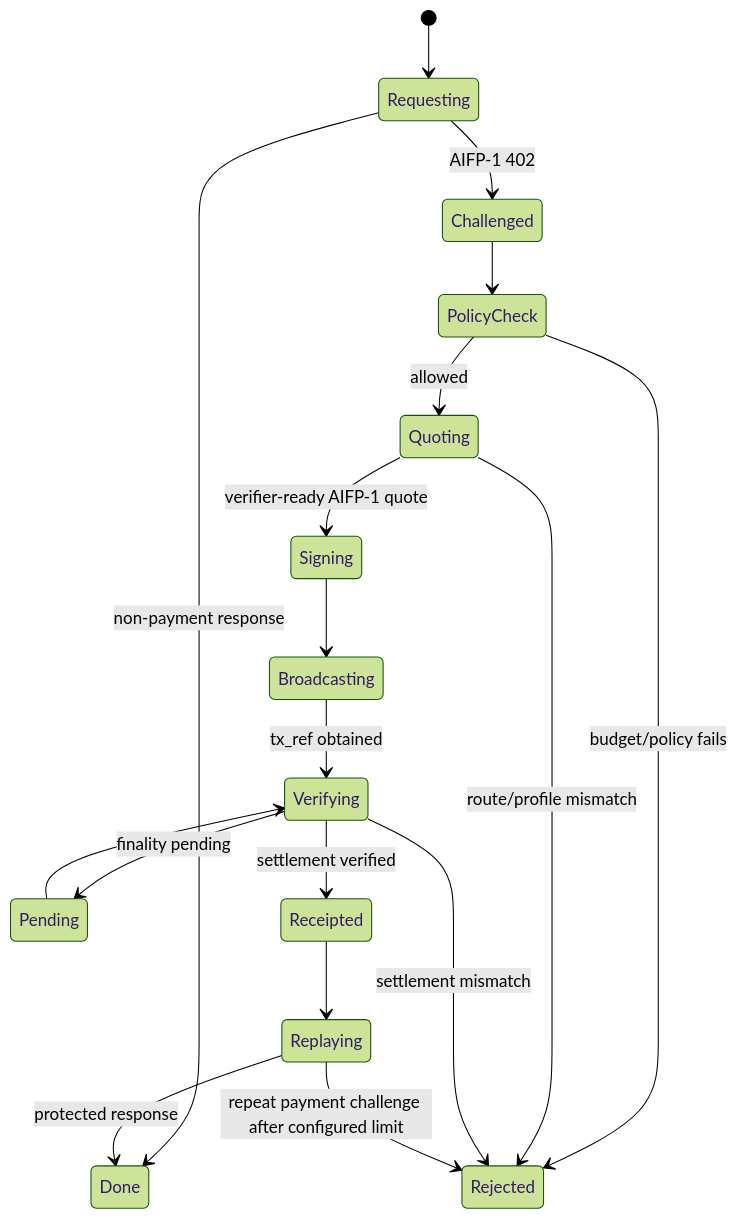
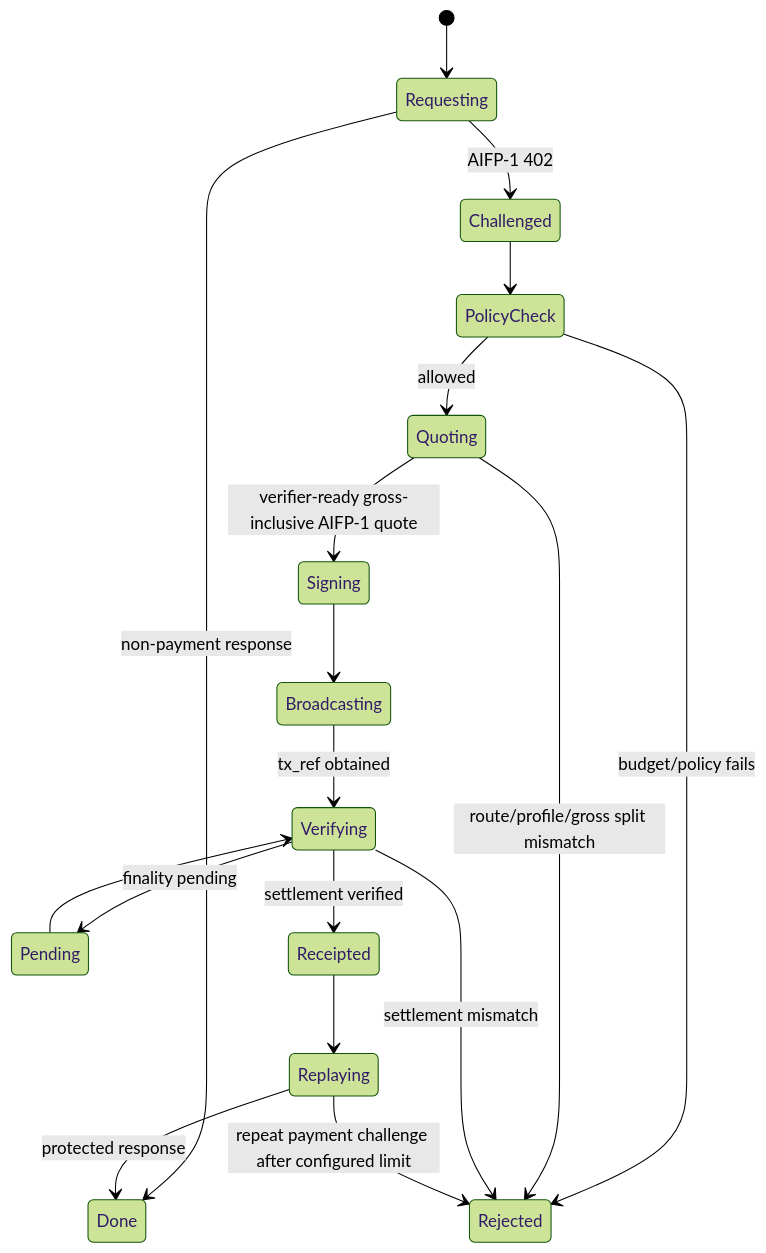
Before and after one commit to AiFinPay/AIFP-1: the diagram in docs/aifp/03-AI-Agent-SDK-Specification.md, drawn with Mermaid (forest theme). The commit also changed other lines of this file and 34 other files, not shown here.

First line of the commit message:
AIFP-1: make gross-inclusive 99/1 economics normative

````diff
--- a/docs/aifp/03-AI-Agent-SDK-Specification.md
+++ b/docs/aifp/03-AI-Agent-SDK-Specification.md
@@ -48,20 +54,20 @@
 ```mermaid
 stateDiagram-v2
     [*] --> Requesting
     Requesting --> Done: non-payment response
     Requesting --> Challenged: AIFP-1 402
     Challenged --> PolicyCheck
     PolicyCheck --> Rejected: budget/policy fails
     PolicyCheck --> Quoting: allowed
-    Quoting --> Rejected: route/profile mismatch
-    Quoting --> Signing: verifier-ready AIFP-1 quote
+    Quoting --> Rejected: route/profile/gross split mismatch
+    Quoting --> Signing: verifier-ready gross-inclusive AIFP-1 quote
     Signing --> Broadcasting
     Broadcasting --> Verifying: tx_ref obtained
     Verifying --> Pending: finality pending
     Pending --> Verifying
     Verifying --> Receipted: settlement verified
     Verifying --> Rejected: settlement mismatch
     Receipted --> Replaying
     Replaying --> Done: protected response
     Replaying --> Rejected: repeat payment challenge after configured limit
 ```
````
